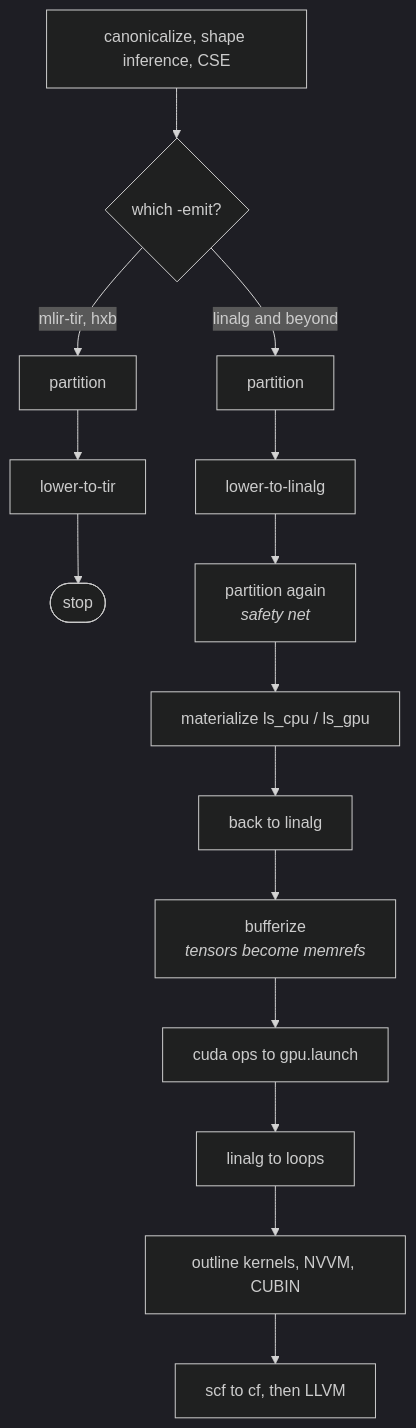
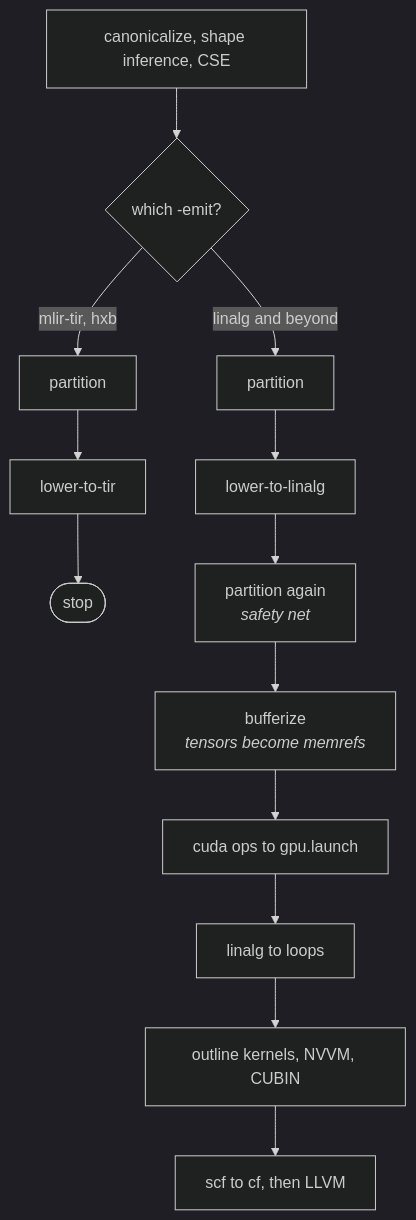
Before and after one commit to hamzaqureshi5/hexir: the diagram in docs/pipeline.md, drawn with Mermaid (dark theme). The commit also changed other lines of this file and 31 other files, not shown here.

````diff
--- a/docs/pipeline.md
+++ b/docs/pipeline.md
@@ -7,20 +7,18 @@
 ```mermaid
 flowchart TD
     S["canonicalize, shape inference, CSE"]
     S --> T{"which -emit?"}
 
     T -->|mlir-tir, hxb| K1["partition"]
     K1 --> K2["lower-to-tir"]
     K2 --> KE(["stop"])
 
     T -->|linalg and beyond| L1["partition"]
     L1 --> L2["lower-to-linalg"]
     L2 --> L3["partition again<br/><i>safety net</i>"]
-    L3 --> L4["materialize ls_cpu / ls_gpu"]
-    L4 --> L5["back to linalg"]
-    L5 --> L6["bufferize<br/><i>tensors become memrefs</i>"]
+    L3 --> L6["bufferize<br/><i>tensors become memrefs</i>"]
     L6 --> L7["cuda ops to gpu.launch"]
     L7 --> L8["linalg to loops"]
     L8 --> L9["outline kernels, NVVM, CUBIN"]
     L9 --> L10["scf to cf, then LLVM"]
 ```
````
